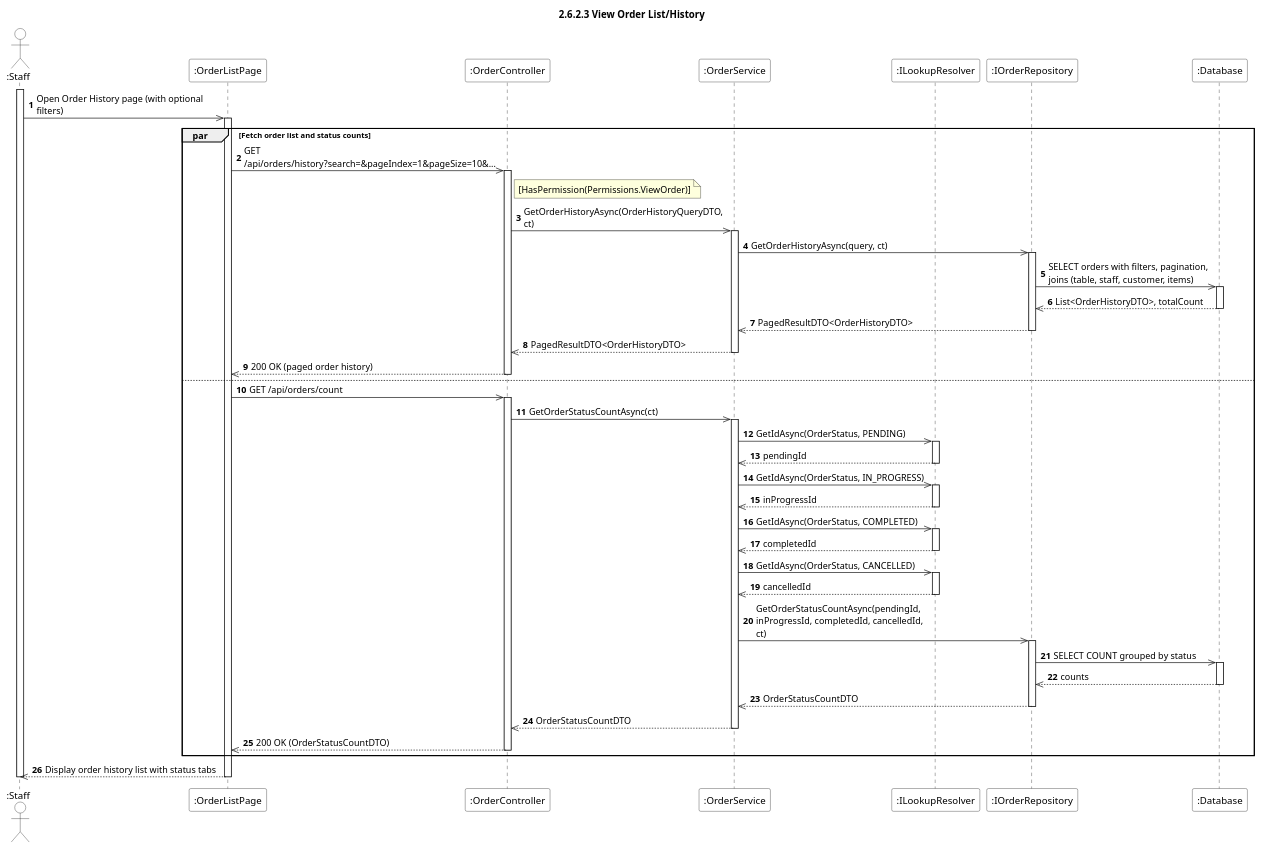
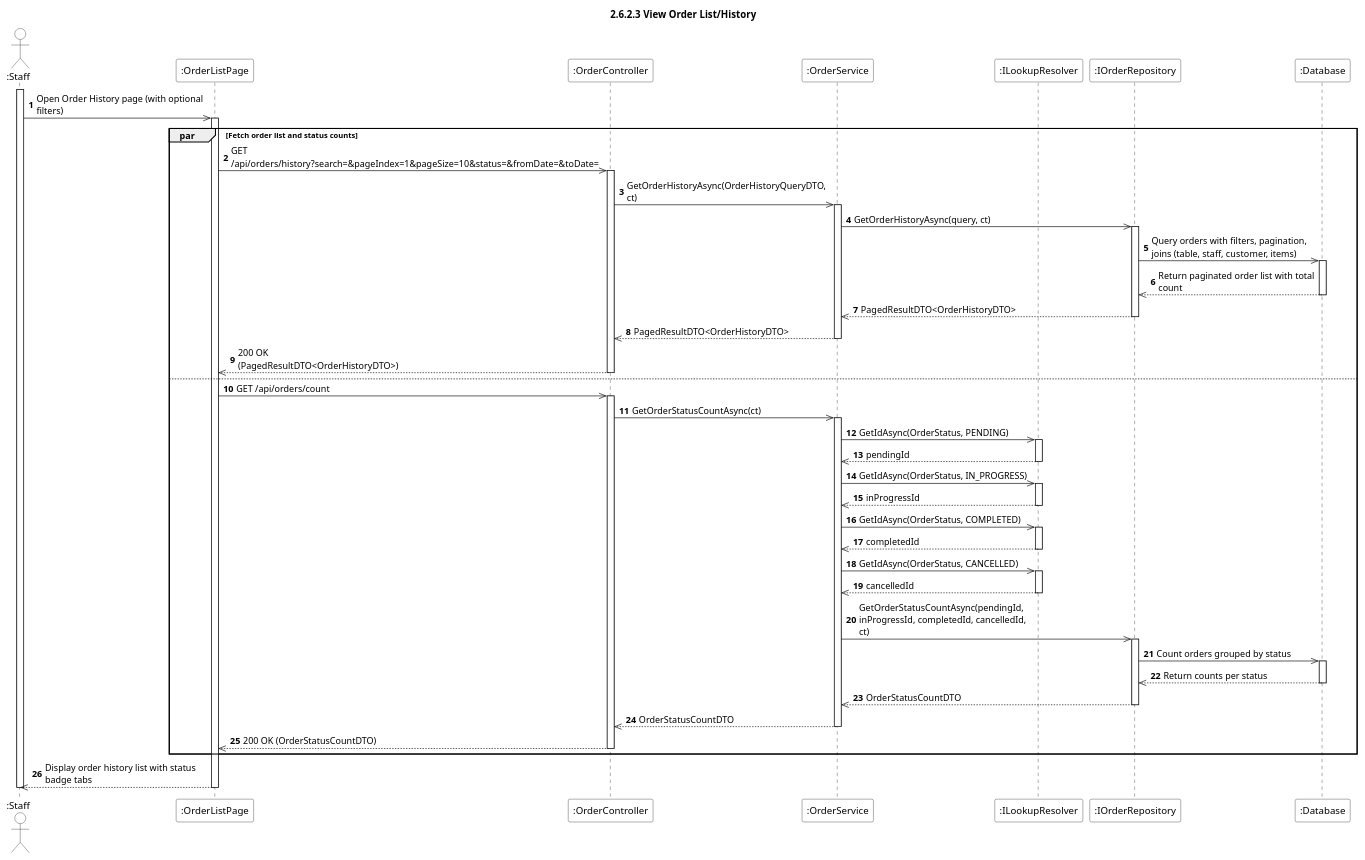
Before and after one commit to aulacvietnameseeatery-source/aulac_be: the diagram in Docs/Software Design Specification/Order Management/sequence-diagrams/2.6.2.3-view-order-list-history.puml, drawn with PlantUML. The commit also changed 21 other files, not shown here.

```diff
--- a/Docs/Software Design Specification/Order Management/sequence-diagrams/2.6.2.3-view-order-list-history.puml
+++ b/Docs/Software Design Specification/Order Management/sequence-diagrams/2.6.2.3-view-order-list-history.puml
@@ -1,95 +1,94 @@
 @startuml
 title 2.6.2.3 View Order List/History
 
 skinparam maxMessageSize 250
 skinparam sequence {
     ParticipantBackgroundColor #ffffff
     ActorBackgroundColor #ffffff
 }
 
 autonumber
 
 actor ":Staff" as U
 participant ":OrderListPage" as Client
 participant ":OrderController" as Ctrl
 participant ":OrderService" as Svc
 participant ":ILookupResolver" as Lookup
 participant ":IOrderRepository" as OrderRepo
 participant ":Database" as DB
 
 activate U
 
 U ->> Client : Open Order History page (with optional filters)
 activate Client
 
 par Fetch order list and status counts
-    Client ->> Ctrl : GET /api/orders/history?search=&pageIndex=1&pageSize=10&...
+    Client ->> Ctrl : GET /api/orders/history?search=&pageIndex=1&pageSize=10&status=&fromDate=&toDate=
     activate Ctrl
 
-    note right of Ctrl : [HasPermission(Permissions.ViewOrder)]
     Ctrl ->> Svc : GetOrderHistoryAsync(OrderHistoryQueryDTO, ct)
     activate Svc
 
     Svc ->> OrderRepo : GetOrderHistoryAsync(query, ct)
     activate OrderRepo
-    OrderRepo ->> DB : SELECT orders with filters, pagination, joins (table, staff, customer, items)
+    OrderRepo ->> DB : Query orders with filters, pagination, joins (table, staff, customer, items)
     activate DB
-    DB -->> OrderRepo : List<OrderHistoryDTO>, totalCount
+    DB -->> OrderRepo : Return paginated order list with total count
     deactivate DB
     OrderRepo -->> Svc : PagedResultDTO<OrderHistoryDTO>
     deactivate OrderRepo
 
     Svc -->> Ctrl : PagedResultDTO<OrderHistoryDTO>
     deactivate Svc
 
-    Ctrl -->> Client : 200 OK (paged order history)
+    Ctrl -->> Client : 200 OK (PagedResultDTO<OrderHistoryDTO>)
     deactivate Ctrl
 also
     Client ->> Ctrl : GET /api/orders/count
     activate Ctrl
 
     Ctrl ->> Svc : GetOrderStatusCountAsync(ct)
     activate Svc
 
     Svc ->> Lookup : GetIdAsync(OrderStatus, PENDING)
     activate Lookup
     Lookup -->> Svc : pendingId
     deactivate Lookup
 
     Svc ->> Lookup : GetIdAsync(OrderStatus, IN_PROGRESS)
     activate Lookup
     Lookup -->> Svc : inProgressId
     deactivate Lookup
 
     Svc ->> Lookup : GetIdAsync(OrderStatus, COMPLETED)
     activate Lookup
     Lookup -->> Svc : completedId
     deactivate Lookup
 
     Svc ->> Lookup : GetIdAsync(OrderStatus, CANCELLED)
     activate Lookup
     Lookup -->> Svc : cancelledId
     deactivate Lookup
 
     Svc ->> OrderRepo : GetOrderStatusCountAsync(pendingId, inProgressId, completedId, cancelledId, ct)
     activate OrderRepo
-    OrderRepo ->> DB : SELECT COUNT grouped by status
+    OrderRepo ->> DB : Count orders grouped by status
     activate DB
-    DB -->> OrderRepo : counts
+    DB -->> OrderRepo : Return counts per status
     deactivate DB
     OrderRepo -->> Svc : OrderStatusCountDTO
     deactivate OrderRepo
 
     Svc -->> Ctrl : OrderStatusCountDTO
     deactivate Svc
 
     Ctrl -->> Client : 200 OK (OrderStatusCountDTO)
     deactivate Ctrl
 end
 
-Client -->> U : Display order history list with status tabs
+Client -->> U : Display order history list with status badge tabs
 
 deactivate Client
 deactivate U
 
 @enduml
```
